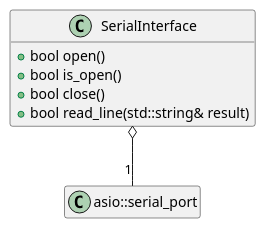
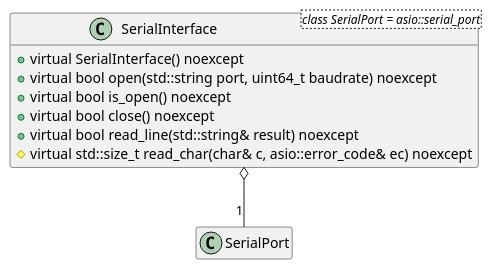
Before and after one commit to EduPonz/easynmea: the diagram in docs/uml/SerialInterface.puml, drawn with PlantUML. The commit also changed 6 other files, not shown here.

Commit message:
Refs #23: SerialInterface unit tests design

```diff
--- a/docs/uml/SerialInterface.puml
+++ b/docs/uml/SerialInterface.puml
@@ -1,15 +1,16 @@
-@startuml
+@startuml SerialInterface
 hide empty members
-class SerialInterface
+class SerialInterface<class SerialPort = asio::serial_port>
 {
-    + bool open()
-    + bool is_open()
-    + bool close()
-    + bool read_line(std::string& result)
+    + virtual SerialInterface() noexcept
+    + virtual bool open(std::string port, uint64_t baudrate) noexcept
+    + virtual bool is_open() noexcept
+    + virtual bool close() noexcept
+    + virtual bool read_line(std::string& result) noexcept
+    # virtual std::size_t read_char(char& c, asio::error_code& ec) noexcept
 }
 
-class asio::serial_port
+class SerialPort
 
-SerialInterface o-- "1" asio::serial_port
-
+SerialInterface o-- "1" SerialPort
 @enduml
```
